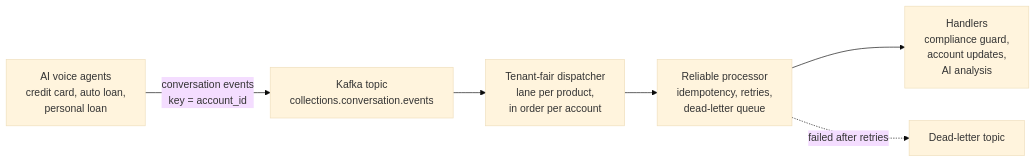
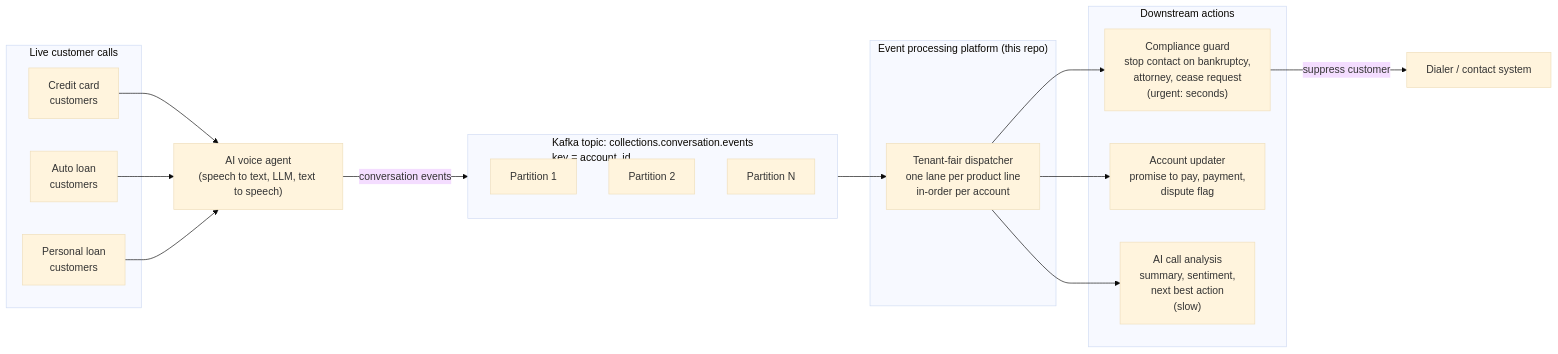
Before and after one commit to eresh-thekbr/multi-tenant-streaming: the first of 4 diagrams in README.md, drawn with Mermaid (base theme). The commit also changed other lines of this file and 1 other file, not shown here.

````diff
--- a/README.md
+++ b/README.md
@@ -18,8 +34,38 @@
 ```mermaid
 flowchart LR
-    A["AI voice agents<br/>credit card, auto loan,<br/>personal loan"] -- "conversation events<br/>key = account_id" --> K["Kafka topic<br/>collections.conversation.events"]
-    K --> D["Tenant-fair dispatcher<br/>lane per product,<br/>in order per account"]
-    D --> P["Reliable processor<br/>idempotency, retries,<br/>dead-letter queue"]
-    P --> H["Handlers<br/>compliance guard,<br/>account updates,<br/>AI analysis"]
-    P -. "failed after retries" .-> DLQ["Dead-letter topic"]
+    subgraph Calls["Live customer calls"]
+        CC["Credit card<br/>customers"]
+        AL["Auto loan<br/>customers"]
+        PL["Personal loan<br/>customers"]
+    end
+
+    VA["AI voice agent<br/>(speech to text, LLM, text to speech)"]
+
+    subgraph Kafka["Kafka topic: collections.conversation.events<br/>key = account_id"]
+        P1["Partition 1"]
+        P2["Partition 2"]
+        P3["Partition N"]
+    end
+
+    subgraph Platform["Event processing platform (this repo)"]
+        D["Tenant-fair dispatcher<br/>one lane per product line<br/>in-order per account"]
+    end
+
+    subgraph Consumers["Downstream actions"]
+        CG["Compliance guard<br/>stop contact on bankruptcy,<br/>attorney, cease request<br/>(urgent: seconds)"]
+        AU["Account updater<br/>promise to pay, payment,<br/>dispute flag"]
+        AI["AI call analysis<br/>summary, sentiment,<br/>next best action<br/>(slow)"]
+    end
+
+    DL["Dialer / contact system"]
+
+    CC --> VA
+    AL --> VA
+    PL --> VA
+    VA -- "conversation events" --> Kafka
+    Kafka --> D
+    D --> CG
+    D --> AU
+    D --> AI
+    CG -- "suppress customer" --> DL
 ```
````
